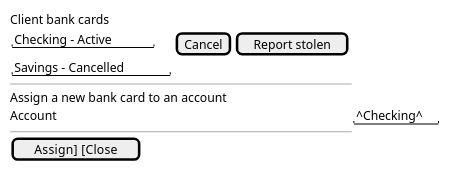
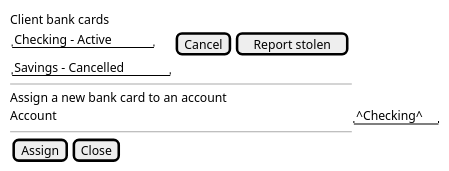
One commit to Mwwhited-BookLearning/fohjin-cqrs changed the eighth of 25 diagrams in docs/09-client-uis.md. Above: the diagram before and after it, drawn with PlantUML. The commit also changed other lines of this file, not shown here.

````diff
--- a/docs/09-client-uis.md
+++ b/docs/09-client-uis.md
@@ -203,16 +203,16 @@
 ```plantuml
 @startsalt
 {
   Client bank cards
   {
     "Checking - Active"       | [Cancel] | [Report stolen]
     "Savings - Cancelled"     |          |
   }
   --
   Assign a new bank card to an account
   Account | "^Checking^"
   --
-  [Assign]  [Close]
+  { [Assign] | [Close] }
 }
 @endsalt
 ```
````
